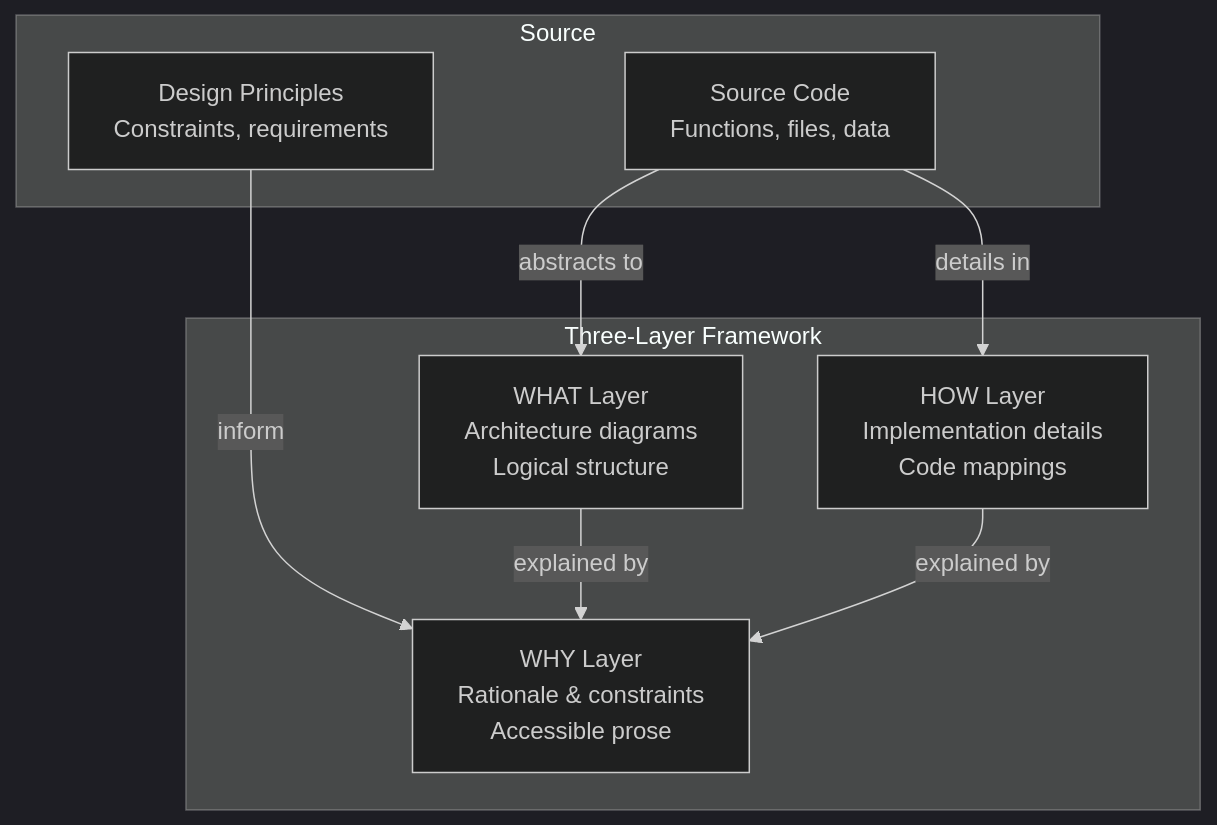
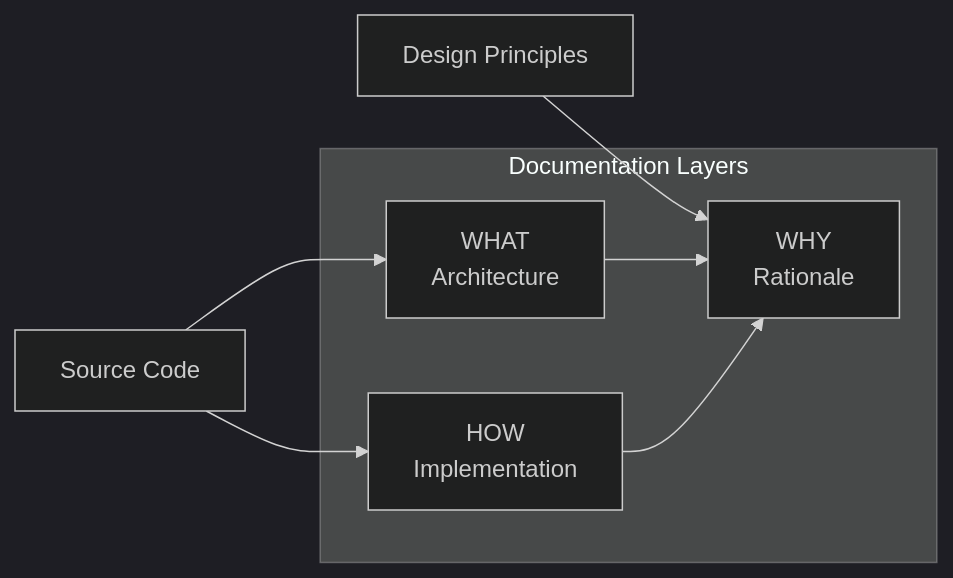
One commit to tdemelle-SiP/.claude changed the first of 2 diagrams in guidelines/sip-development-documentation-guidelines.md. Above: the diagram before and after it, drawn with Mermaid (dark theme). The commit also changed other lines of this file and 2 other files, not shown here.

Commit message:
major documentation guidelines and sip printify exteions guidelinees refactor

````diff
--- a/guidelines/sip-development-documentation-guidelines.md
+++ b/guidelines/sip-development-documentation-guidelines.md
@@ -23,19 +34,13 @@
 ```mermaid
-graph TD
-    subgraph "Three-Layer Framework"
-        WHAT[WHAT Layer<br/>Architecture diagrams<br/>Logical structure]
-        HOW[HOW Layer<br/>Implementation details<br/>Code mappings]
-        WHY[WHY Layer<br/>Rationale & constraints<br/>Accessible prose]
-    end
-    
-    subgraph "Source"
-        Code[Source Code<br/>Functions, files, data]
-        Principles[Design Principles<br/>Constraints, requirements]
-    end
-    
-    Code -->|abstracts to| WHAT
-    Code -->|details in| HOW
-    Principles -->|inform| WHY
-    WHAT -->|explained by| WHY
-    HOW -->|explained by| WHY
+graph LR
+  subgraph "Documentation Layers"
+    WHAT[WHAT  \n Architecture]
+    HOW[HOW   \n Implementation]
+    WHY[WHY   \n Rationale]
+  end
+  Code[Source Code] --> WHAT
+  Code --> HOW
+  Principles[Design Principles] --> WHY
+  WHAT --> WHY
+  HOW --> WHY
 ```
````
